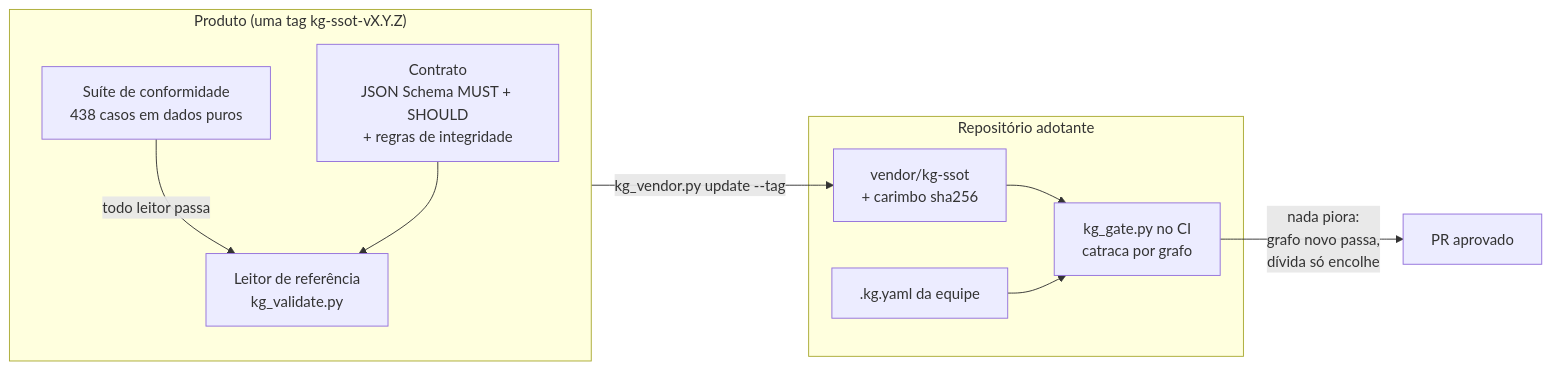
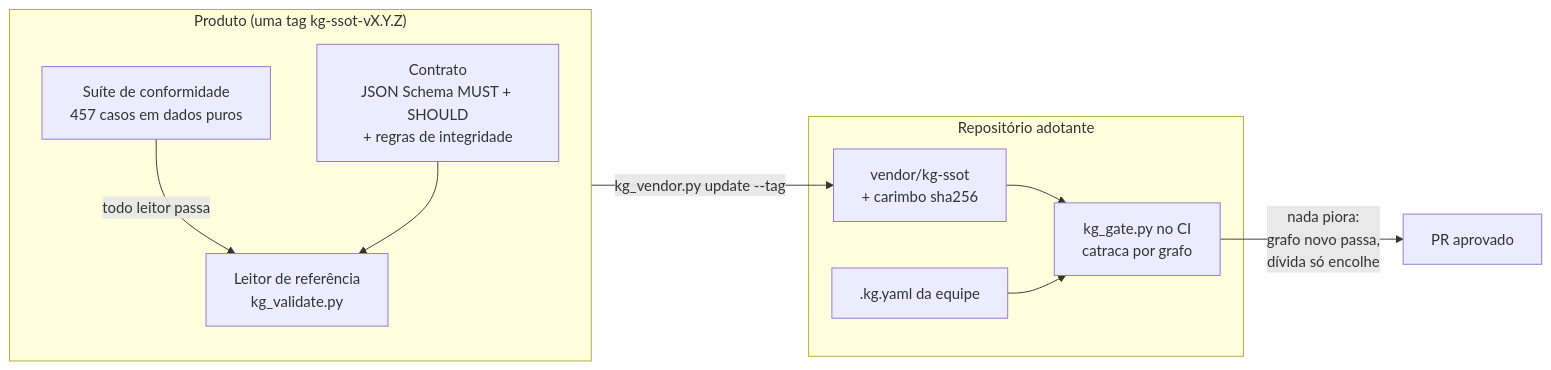
The diagram in README.pt-BR.md (marciocar/kg-ssot), drawn with Mermaid before and after one commit. The commit also changed other lines of this file and 28 other files, not shown here.

````diff
--- a/README.pt-BR.md
+++ b/README.pt-BR.md
@@ -137,19 +139,19 @@
 ```mermaid
 flowchart LR
   subgraph product["Produto (uma tag kg-ssot-vX.Y.Z)"]
     C["Contrato<br/>JSON Schema MUST + SHOULD<br/>+ regras de integridade"]
-    S["Suíte de conformidade<br/>438 casos em dados puros"]
+    S["Suíte de conformidade<br/>457 casos em dados puros"]
     R["Leitor de referência<br/>kg_validate.py"]
     S -- "todo leitor passa" --> R
     C --> R
   end
   subgraph adopter["Repositório adotante"]
     V["vendor/kg-ssot<br/>+ carimbo sha256"]
     G["kg_gate.py no CI<br/>catraca por grafo"]
     K[".kg.yaml da equipe"]
     V --> G
     K --> G
   end
   product -- "kg_vendor.py update --tag" --> V
   G -- "nada piora:<br/>grafo novo passa,<br/>dívida só encolhe" --> PR["PR aprovado"]
 ```
````
